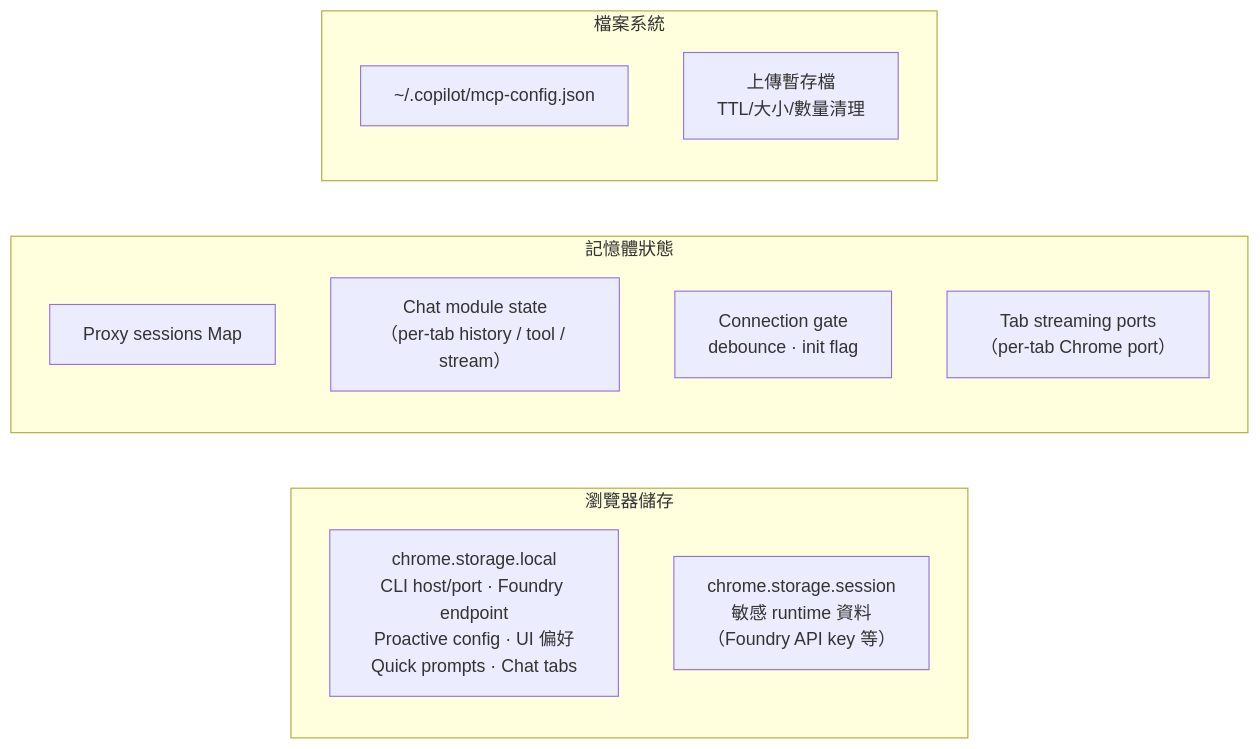
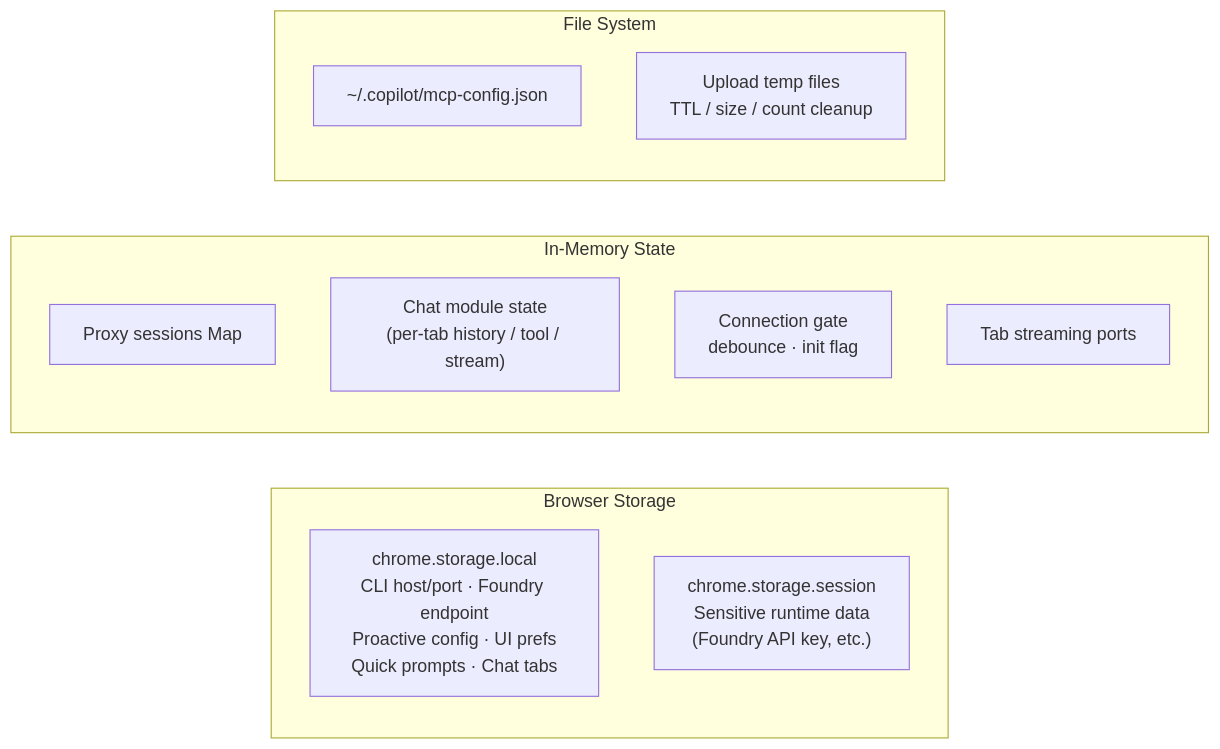
One commit to payton-chou-ms/browser-ext-for-iq-agent changed the ninth of 9 diagrams in docs/architecture.md. Above: the diagram before and after it, drawn with Mermaid. The commit also changed other lines of this file and 80 other files, not shown here.

````diff
--- a/docs/architecture.md
+++ b/docs/architecture.md
@@ -313,19 +315,19 @@
 ```mermaid
 flowchart LR
-  subgraph Browser["瀏覽器儲存"]
-    CL["chrome.storage.local<br/>CLI host/port · Foundry endpoint<br/>Proactive config · UI 偏好<br/>Quick prompts · Chat tabs"]
-    CSS["chrome.storage.session<br/>敏感 runtime 資料<br/>（Foundry API key 等）"]
+  subgraph Browser["Browser Storage"]
+    CL["chrome.storage.local<br/>CLI host/port · Foundry endpoint<br/>Proactive config · UI prefs<br/>Quick prompts · Chat tabs"]
+    CSS["chrome.storage.session<br/>Sensitive runtime data<br/>(Foundry API key, etc.)"]
   end
 
-  subgraph Memory["記憶體狀態"]
+  subgraph Memory["In-Memory State"]
     SM["Proxy sessions Map"]
-    CS2["Chat module state<br/>（per-tab history / tool / stream）"]
+    CS2["Chat module state<br/>(per-tab history / tool / stream)"]
     CN["Connection gate<br/>debounce · init flag"]
-    TP["Tab streaming ports<br/>（per-tab Chrome port）"]
+    TP["Tab streaming ports"]
   end
 
-  subgraph FS["檔案系統"]
+  subgraph FS["File System"]
     MC["~/.copilot/mcp-config.json"]
-    UP["上傳暫存檔<br/>TTL/大小/數量清理"]
+    UP["Upload temp files<br/>TTL / size / count cleanup"]
   end
 ```
````
